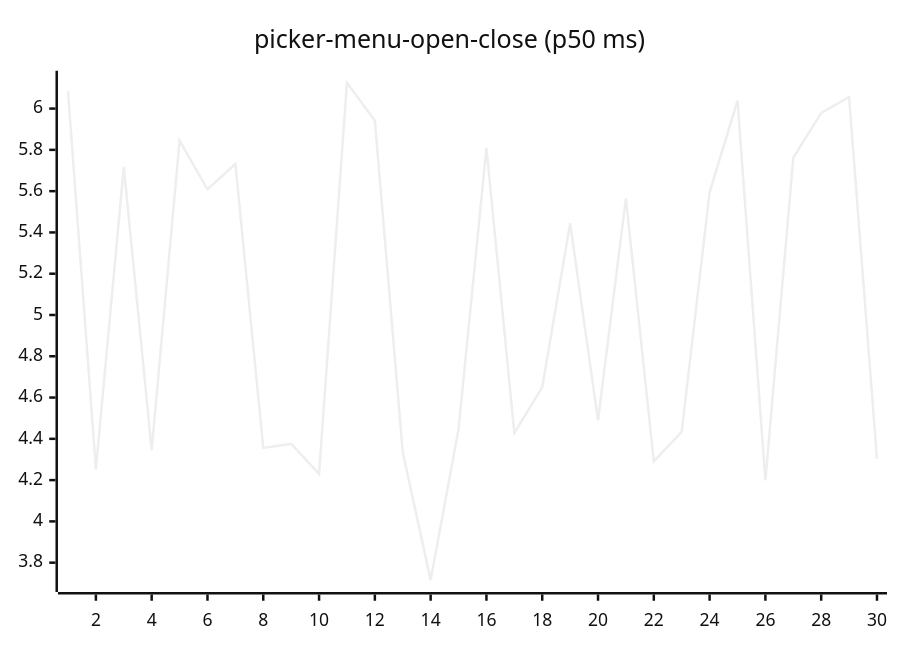
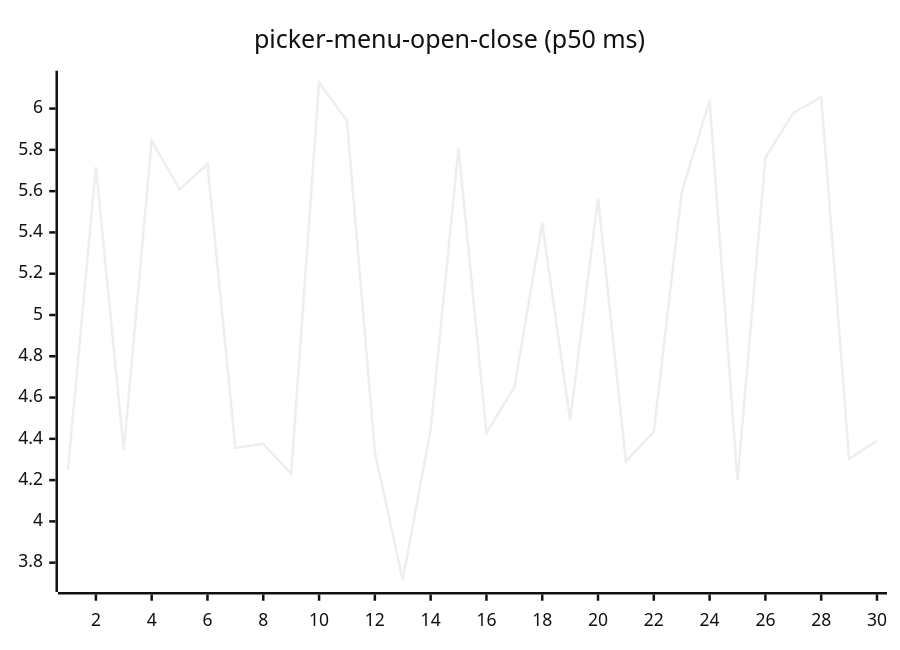
One commit to josha/Facet changed diagram 16 of 27 in README.md. Above: the diagram before and after it, drawn with Mermaid (neutral theme). The commit also changed other lines of this file and 2 other files, not shown here.

````diff
--- a/README.md
+++ b/README.md
@@ -168,6 +168,6 @@
 ```mermaid
 xychart-beta
     title "picker-menu-open-close (p50 ms)"
     x-axis 1 --> 30
-    line [6.0839, 4.2522, 5.7175, 4.3452, 5.8449, 5.6085, 5.7317, 4.3559, 4.3756, 4.2307, 6.1258, 5.9413, 4.3353, 3.7154, 4.4466, 5.8101, 4.4287, 4.6495, 5.4442, 4.4899, 5.5654, 4.2905, 4.4342, 5.5941, 6.0384, 4.1981, 5.7619, 5.9791, 6.0560, 4.3027]
+    line [4.2522, 5.7175, 4.3452, 5.8449, 5.6085, 5.7317, 4.3559, 4.3756, 4.2307, 6.1258, 5.9413, 4.3353, 3.7154, 4.4466, 5.8101, 4.4287, 4.6495, 5.4442, 4.4899, 5.5654, 4.2905, 4.4342, 5.5941, 6.0384, 4.1981, 5.7619, 5.9791, 6.0560, 4.3027, 4.3902]
 ```
````
